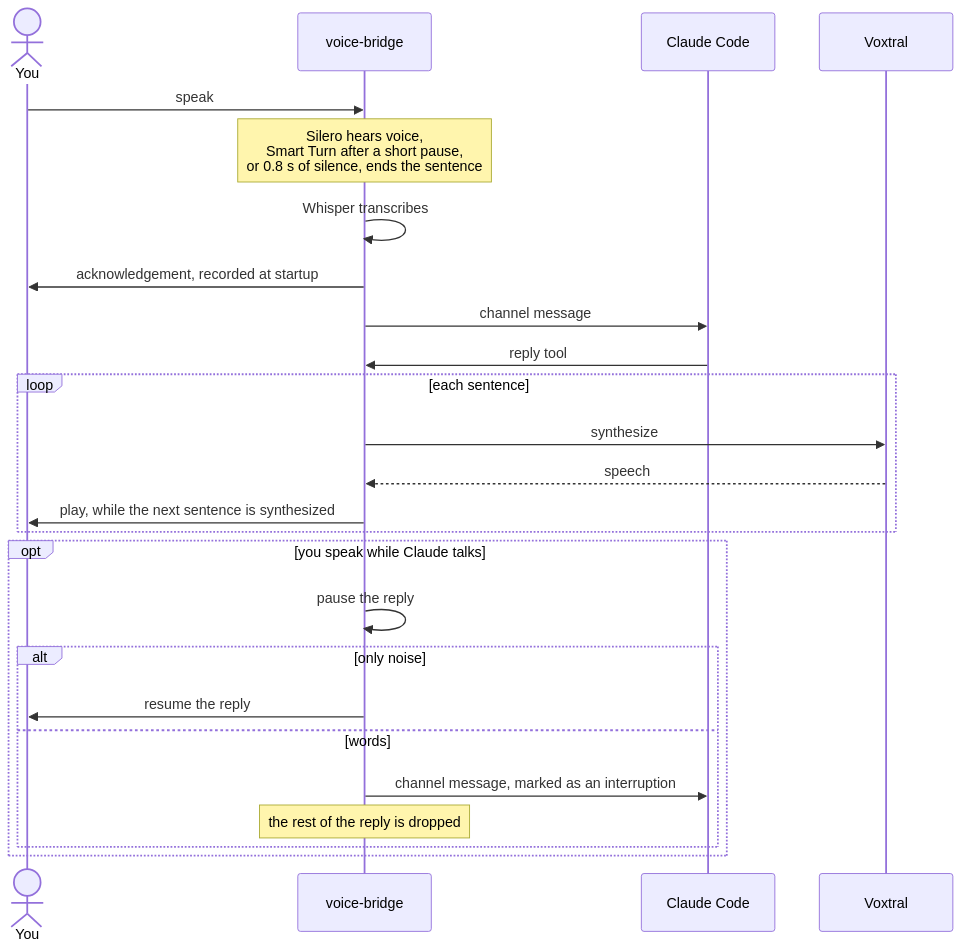
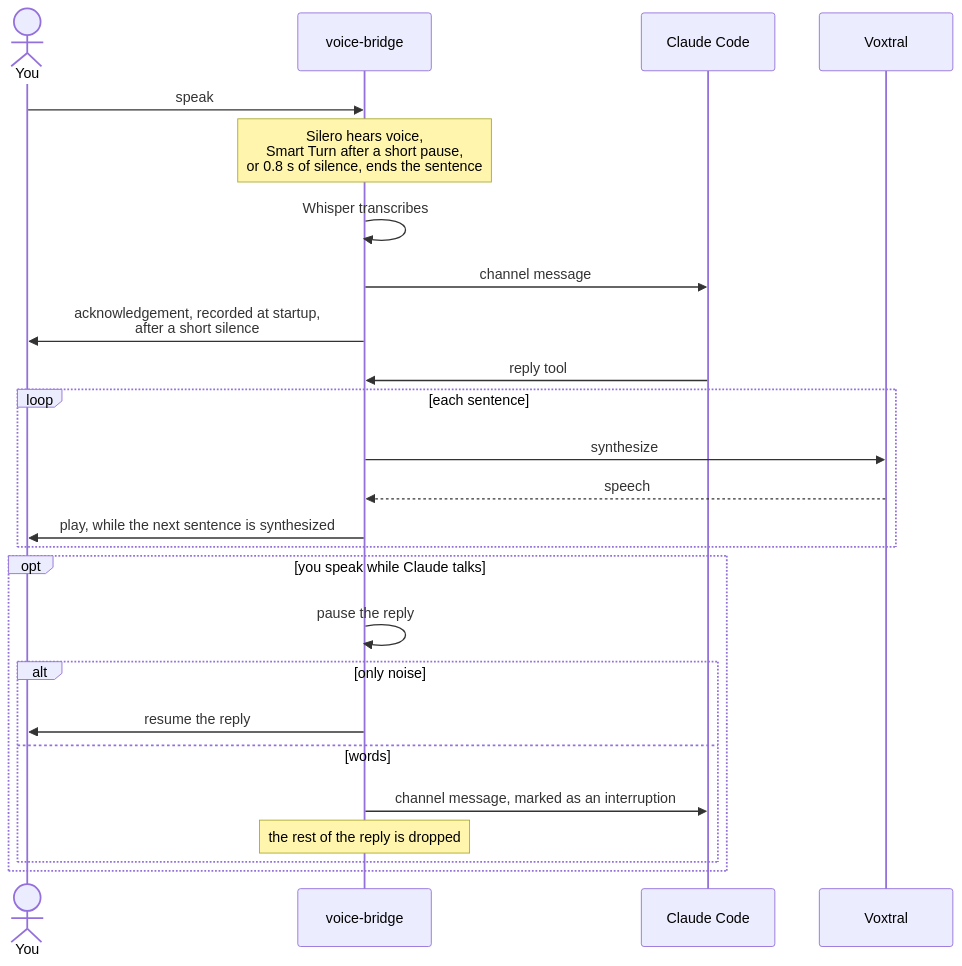
The second of 3 diagrams in README.md (marc-gavanier/voice-bridge), drawn with Mermaid before and after one commit. The commit also changed other lines of this file and 11 other files, not shown here.

First line of the commit message:
feat: wait for a short silence before acknowledging

````diff
--- a/README.md
+++ b/README.md
@@ -37,28 +37,28 @@
 ```mermaid
 sequenceDiagram
     actor you as You
     participant bridge as voice-bridge
     participant claude as Claude Code
     participant voxtral as Voxtral
 
     you->>bridge: speak
     Note over bridge: Silero hears voice,<br/>Smart Turn after a short pause,<br/>or 0.8 s of silence, ends the sentence
     bridge->>bridge: Whisper transcribes
-    bridge->>you: acknowledgement, recorded at startup
     bridge->>claude: channel message
+    bridge->>you: acknowledgement, recorded at startup,<br/>after a short silence
     claude->>bridge: reply tool
     loop each sentence
         bridge->>voxtral: synthesize
         voxtral-->>bridge: speech
         bridge->>you: play, while the next sentence is synthesized
     end
     opt you speak while Claude talks
         bridge->>bridge: pause the reply
         alt only noise
             bridge->>you: resume the reply
         else words
             bridge->>claude: channel message, marked as an interruption
             Note over bridge: the rest of the reply is dropped
         end
     end
 ```
````
